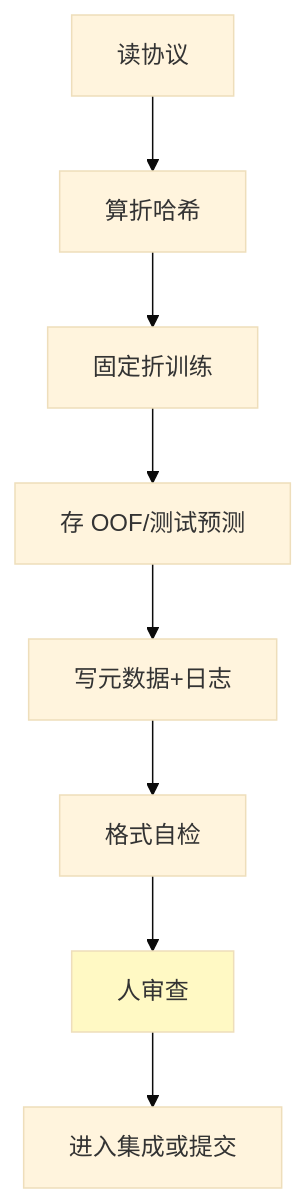
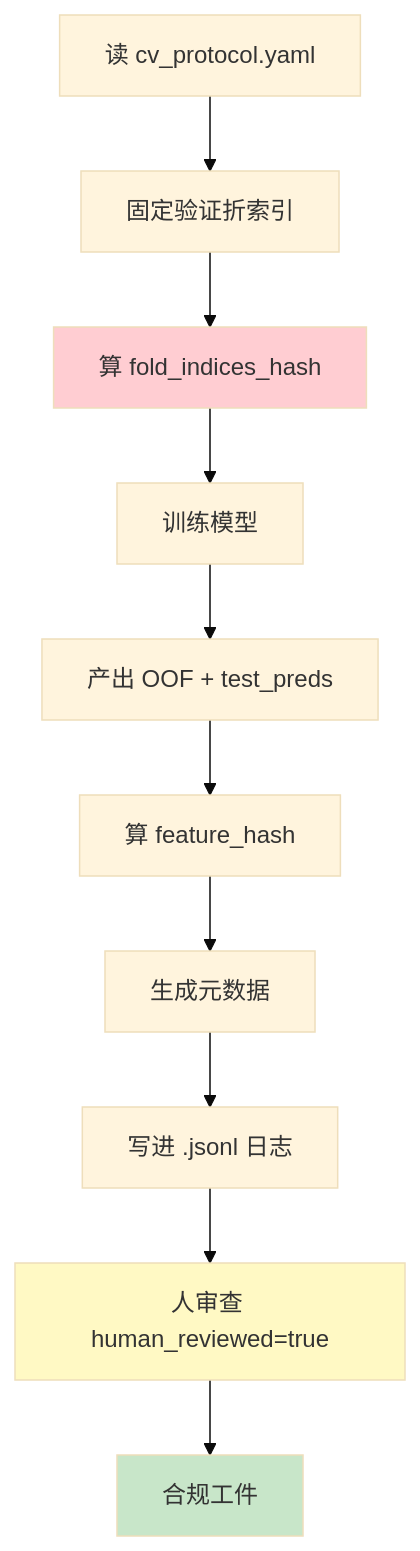
Before and after one commit to wizardforcel/vibe-kaggle: the diagram in docs/appendix_h/index.md, drawn with Mermaid (base theme). The commit also changed other lines of this file and 7 other files, not shown here.

````diff
--- a/docs/appendix_h/index.md
+++ b/docs/appendix_h/index.md
@@ -96,11 +205,15 @@
 ```mermaid
 flowchart TD
-    A[读协议] --> B[算折哈希]
-    B --> C[固定折训练]
-    C --> D[存 OOF/测试预测]
-    D --> E[写元数据+日志]
-    E --> F[格式自检]
-    F --> G[人审查]
-    G --> H[进入集成或提交]
-    style G fill:#fff9c4
+    A[读 cv_protocol.yaml] --> B[固定验证折索引]
+    B --> C[算 fold_indices_hash]
+    C --> D[训练模型]
+    D --> E[产出 OOF + test_preds]
+    E --> F[算 feature_hash]
+    F --> G[生成元数据]
+    G --> H[写进 .jsonl 日志]
+    H --> I[人审查 human_reviewed=true]
+    I --> J[合规工件]
+    style C fill:#ffcdd2
+    style I fill:#fff9c4
+    style J fill:#c8e6c9
 ```
````
